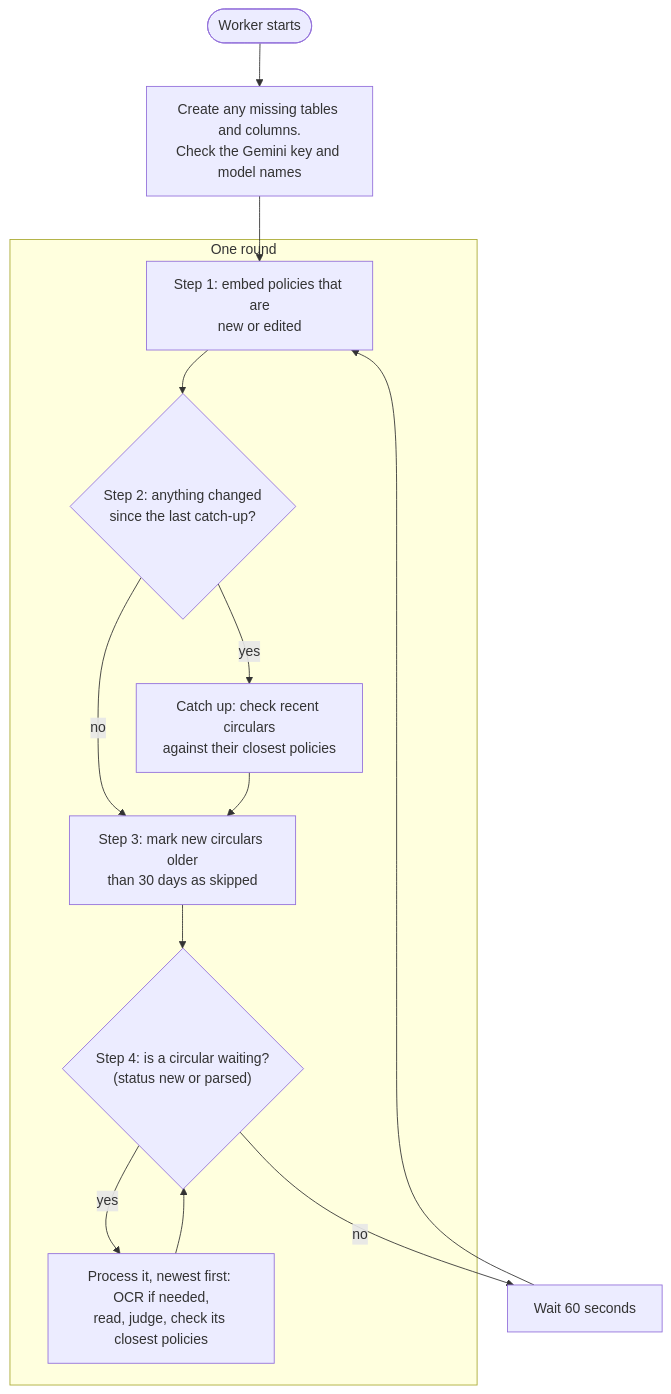
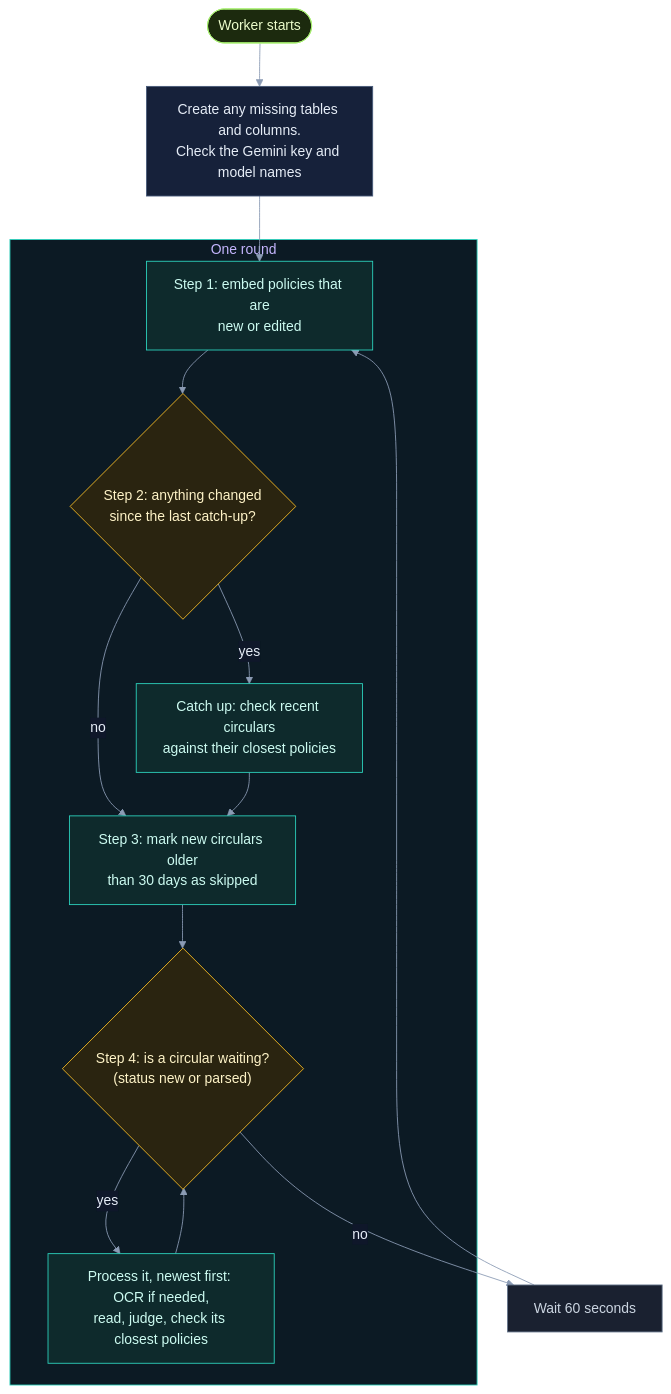
Before and after one commit to selvakumarperumal/Regulatory_Circular_Impact_Agent: the ninth of 21 diagrams in how_it_works.md, drawn with Mermaid. The commit also changed other lines of this file and 1 other file, not shown here.

````diff
--- a/how_it_works.md
+++ b/how_it_works.md
@@ -417,16 +534,32 @@
 ```mermaid
+%%{init: {"theme": "base", "themeVariables": {"darkMode": true, "primaryColor": "#16213a", "primaryTextColor": "#e6edf7", "primaryBorderColor": "#475a7a", "lineColor": "#8b9bb4", "secondaryColor": "#1b2436", "tertiaryColor": "#101a2e", "edgeLabelBackground": "#0f172a", "textColor": "#e2e8f0", "clusterBkg": "#0f1728", "clusterBorder": "#2b3a55", "titleColor": "#c4b5fd", "nodeTextColor": "#e6edf7"}}}%%
 flowchart TD
     boot(["Worker starts"]) --> init["Create any missing tables and columns.<br/>Check the Gemini key and model names"]
     init --> r1
     subgraph round["One round"]
         r1["Step 1: embed policies that are<br/>new or edited"] --> r2{"Step 2: anything changed<br/>since the last catch-up?"}
         r2 -->|yes| r3["Catch up: check recent circulars<br/>against their closest policies"]
         r2 -->|no| r4
         r3 --> r4["Step 3: mark new circulars older<br/>than 30 days as skipped"]
         r4 --> r5{"Step 4: is a circular waiting?<br/>(status new or parsed)"}
         r5 -->|yes| r6["Process it, newest first: OCR if needed,<br/>read, judge, check its closest policies"]
         r6 --> r5
     end
     r5 -->|no| wait["Wait 60 seconds"]
     wait --> r1
+
+    classDef svc fill:#0e2a2c,stroke:#2dd4bf,color:#ccfbf1
+    classDef data fill:#1c1a47,stroke:#818cf8,color:#e0e7ff
+    classDef ext fill:#2a1640,stroke:#c084fc,color:#f3e8ff
+    classDef gpu fill:#2d1b0c,stroke:#fb923c,color:#ffedd5
+    classDef ask fill:#2a2410,stroke:#fbbf24,color:#fef3c7
+    classDef ok fill:#0b2a1c,stroke:#34d399,color:#d1fae5
+    classDef bad fill:#2e0f17,stroke:#fb7185,color:#ffe4e6
+    classDef start fill:#1c2a0e,stroke:#a7ef6f,color:#ecfccb
+    classDef muted fill:#1a2130,stroke:#64748b,color:#cbd5e1
+    class boot start
+    class r1,r3,r4,r6 svc
+    class r2,r5 ask
+    class wait muted
+    style round fill:#0c1a24,stroke:#2dd4bf
 ```
````
